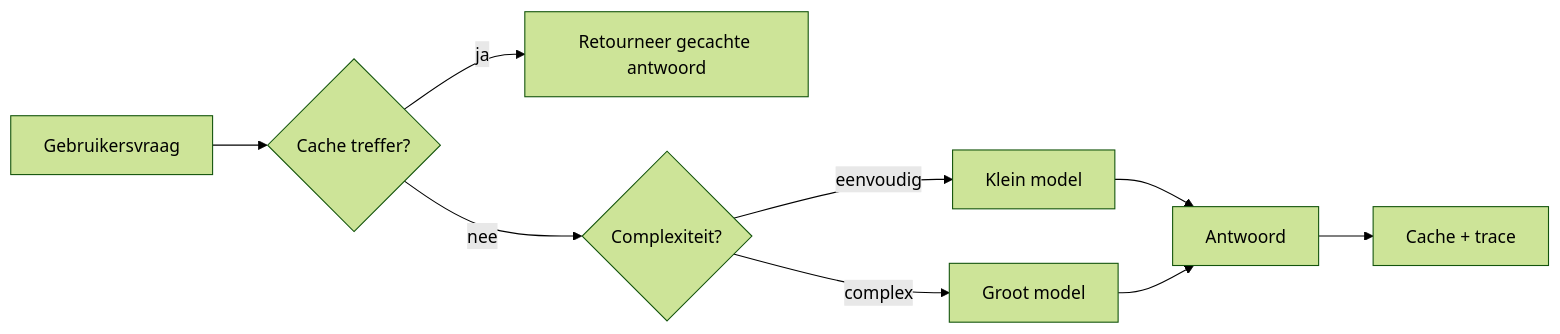
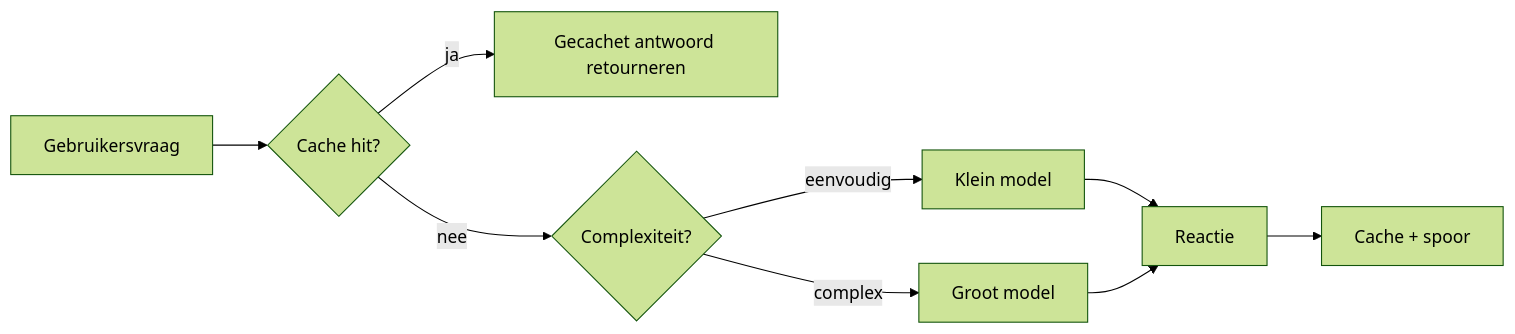
One commit to microsoft/ai-agents-for-beginners changed the third of 4 diagrams in translations/nl/16-deploying-scalable-agents/README.md. Above: the diagram before and after it, drawn with Mermaid (forest theme). The commit also changed other lines of this file and 47 other files, not shown here.

````diff
--- a/translations/nl/16-deploying-scalable-agents/README.md
+++ b/translations/nl/16-deploying-scalable-agents/README.md
@@ -134,11 +134,11 @@
 ```mermaid
 flowchart LR
-    Q[Gebruikersvraag] --> C{Cache treffer?}
-    C -->|ja| R[Retourneer gecachte antwoord]
+    Q[Gebruikersvraag] --> C{Cache hit?}
+    C -->|ja| R[Gecachet antwoord retourneren]
     C -->|nee| Router{Complexiteit?}
     Router -->|eenvoudig| SLM[Klein model]
     Router -->|complex| LLM[Groot model]
-    SLM --> Out[Antwoord]
+    SLM --> Out[Reactie]
     LLM --> Out
-    Out --> Store[Cache + trace]
+    Out --> Store[Cache + spoor]
 ```
````
